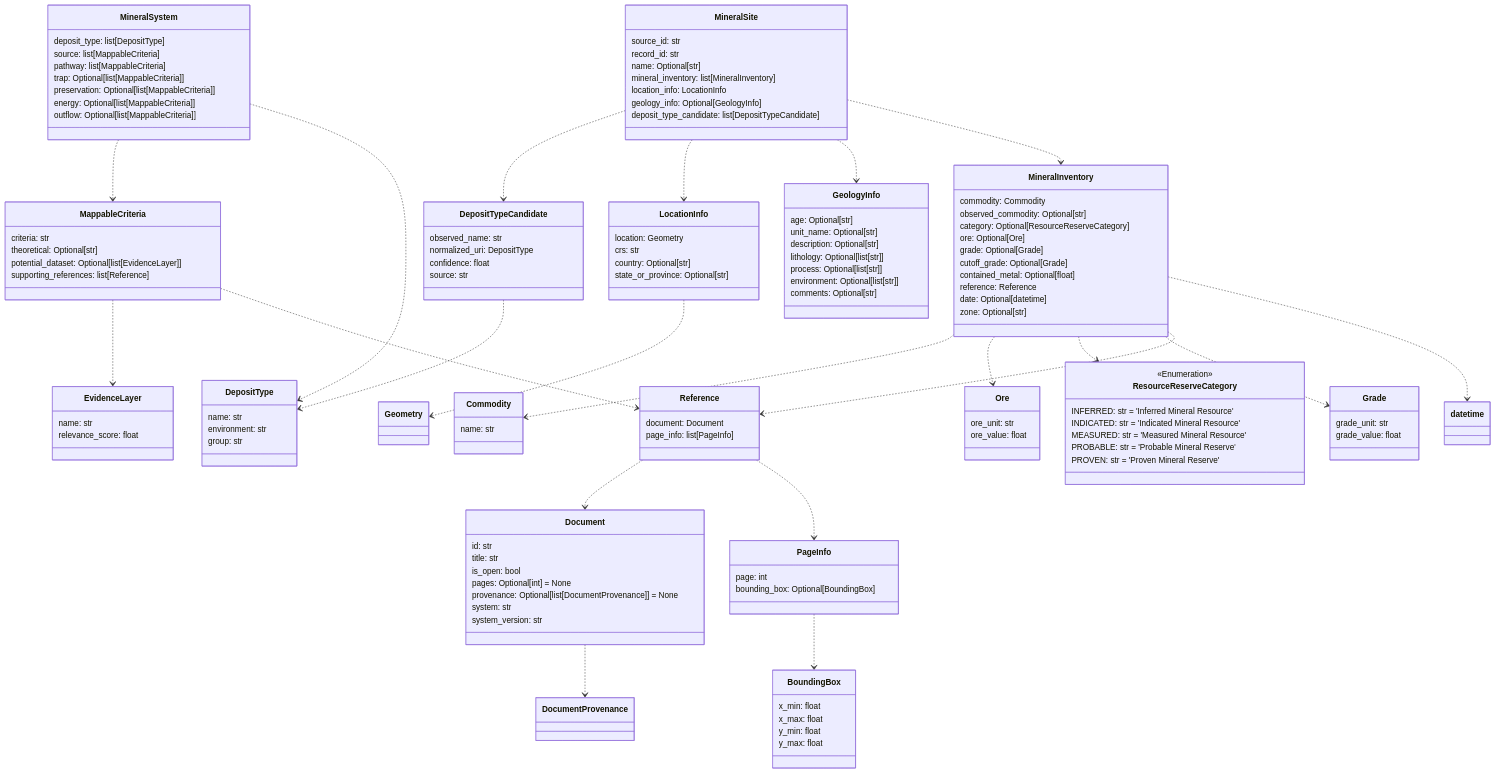
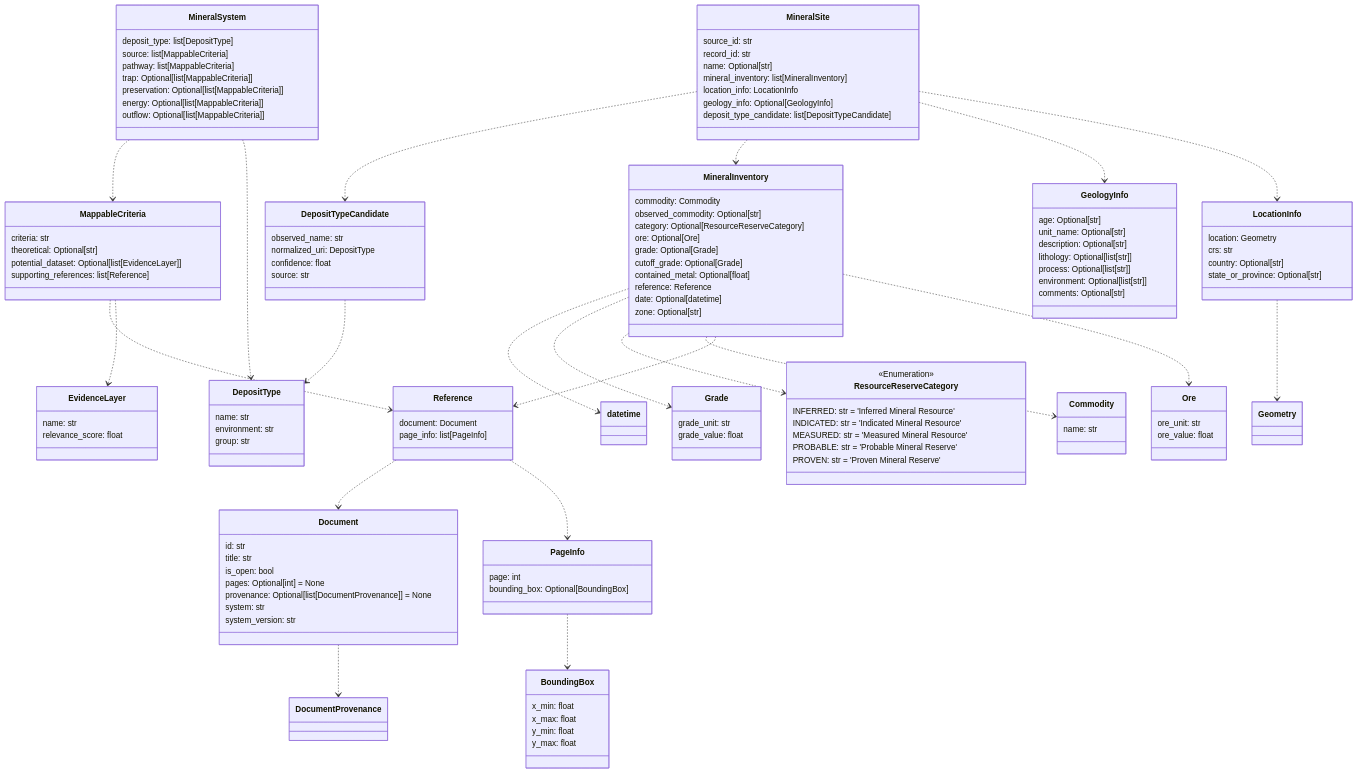
One commit to DARPA-CRITICALMAAS/cdr_schemas changed the tenth of 12 diagrams in README.md. Above: the diagram before and after it, drawn with Mermaid. The commit also changed other lines of this file and 2 other files, not shown here.

````diff
--- a/README.md
+++ b/README.md
@@ -655,28 +655,18 @@
 ```mermaid
 classDiagram
 
-    class PageInfo {
-        page: int
-        bounding_box: Optional[BoundingBox]
+    class ResourceReserveCategory {
+        <<Enumeration>>
+        INFERRED: str = 'Inferred Mineral Resource'
+        INDICATED: str = 'Indicated Mineral Resource'
+        MEASURED: str = 'Measured Mineral Resource'
+        PROBABLE: str = 'Probable Mineral Reserve'
+        PROVEN: str = 'Proven Mineral Reserve'
     }
 
-    class BoundingBox {
-        x_min: float
-        x_max: float
-        y_min: float
-        y_max: float
-    }
-
-    class DepositTypeCandidate {
-        observed_name: str
-        normalized_uri: DepositType
-        confidence: float
-        source: str
-    }
-
-    class Grade {
-        grade_unit: str
-        grade_value: float
+    class Reference {
+        document: Document
+        page_info: list[PageInfo]
     }
 
     class MineralInventory {
@@ -692,21 +682,6 @@
         zone: Optional[str]
     }
 
-    class Reference {
-        document: Document
-        page_info: list[PageInfo]
-    }
-
-    class MineralSystem {
-        deposit_type: list[DepositType]
-        source: list[MappableCriteria]
-        pathway: list[MappableCriteria]
-        trap: Optional[list[MappableCriteria]]
-        preservation: Optional[list[MappableCriteria]]
-        energy: Optional[list[MappableCriteria]]
-        outflow: Optional[list[MappableCriteria]]
-    }
-
     class MappableCriteria {
         criteria: str
         theoretical: Optional[str]
@@ -714,31 +689,9 @@
         supporting_references: list[Reference]
     }
 
-    class GeologyInfo {
-        age: Optional[str]
-        unit_name: Optional[str]
-        description: Optional[str]
-        lithology: Optional[list[str]]
-        process: Optional[list[str]]
-        environment: Optional[list[str]]
-        comments: Optional[str]
-    }
-
-    class Document {
-        id: str
-        title: str
-        is_open: bool
-        pages: Optional[int] = None
-        provenance: Optional[list[DocumentProvenance]] = None
-        system: str
-        system_version: str
-    }
-
-    class LocationInfo {
-        location: Geometry
-        crs: str
-        country: Optional[str]
-        state_or_province: Optional[str]
+    class Ore {
+        ore_unit: str
+        ore_value: float
     }
 
     class MineralSite {
@@ -757,49 +710,96 @@
         group: str
     }
 
-    class EvidenceLayer {
-        name: str
-        relevance_score: float
+    class Document {
+        id: str
+        title: str
+        is_open: bool
+        pages: Optional[int] = None
+        provenance: Optional[list[DocumentProvenance]] = None
+        system: str
+        system_version: str
     }
 
-    class ResourceReserveCategory {
-        <<Enumeration>>
-        INFERRED: str = 'Inferred Mineral Resource'
-        INDICATED: str = 'Indicated Mineral Resource'
-        MEASURED: str = 'Measured Mineral Resource'
-        PROBABLE: str = 'Probable Mineral Reserve'
-        PROVEN: str = 'Proven Mineral Reserve'
+    class DepositTypeCandidate {
+        observed_name: str
+        normalized_uri: DepositType
+        confidence: float
+        source: str
     }
 
-    class Ore {
-        ore_unit: str
-        ore_value: float
+    class PageInfo {
+        page: int
+        bounding_box: Optional[BoundingBox]
     }
 
     class Commodity {
         name: str
     }
 
+    class BoundingBox {
+        x_min: float
+        x_max: float
+        y_min: float
+        y_max: float
+    }
+
+    class GeologyInfo {
+        age: Optional[str]
+        unit_name: Optional[str]
+        description: Optional[str]
+        lithology: Optional[list[str]]
+        process: Optional[list[str]]
+        environment: Optional[list[str]]
+        comments: Optional[str]
+    }
+
+    class EvidenceLayer {
+        name: str
+        relevance_score: float
+    }
+
+    class Grade {
+        grade_unit: str
+        grade_value: float
+    }
+
+    class MineralSystem {
+        deposit_type: list[DepositType]
+        source: list[MappableCriteria]
+        pathway: list[MappableCriteria]
+        trap: Optional[list[MappableCriteria]]
+        preservation: Optional[list[MappableCriteria]]
+        energy: Optional[list[MappableCriteria]]
+        outflow: Optional[list[MappableCriteria]]
+    }
+
+    class LocationInfo {
+        location: Geometry
+        crs: str
+        country: Optional[str]
+        state_or_province: Optional[str]
+    }
+
     Document ..> DocumentProvenance
     DepositTypeCandidate ..> DepositType
     PageInfo ..> BoundingBox
+    Reference ..> Document
     Reference ..> PageInfo
-    Reference ..> Document
     MappableCriteria ..> Reference
     MappableCriteria ..> EvidenceLayer
+    MineralSystem ..> MappableCriteria
     MineralSystem ..> DepositType
-    MineralSystem ..> MappableCriteria
     MineralInventory ..> datetime
-    MineralInventory ..> Reference
     MineralInventory ..> Grade
     MineralInventory ..> ResourceReserveCategory
+    MineralInventory ..> Commodity
+    MineralInventory ..> Reference
     MineralInventory ..> Ore
-    MineralInventory ..> Commodity
     LocationInfo ..> Geometry
+    MineralSite ..> DepositTypeCandidate
     MineralSite ..> MineralInventory
     MineralSite ..> GeologyInfo
     MineralSite ..> LocationInfo
-    MineralSite ..> DepositTypeCandidate
 
 
 ```
````
